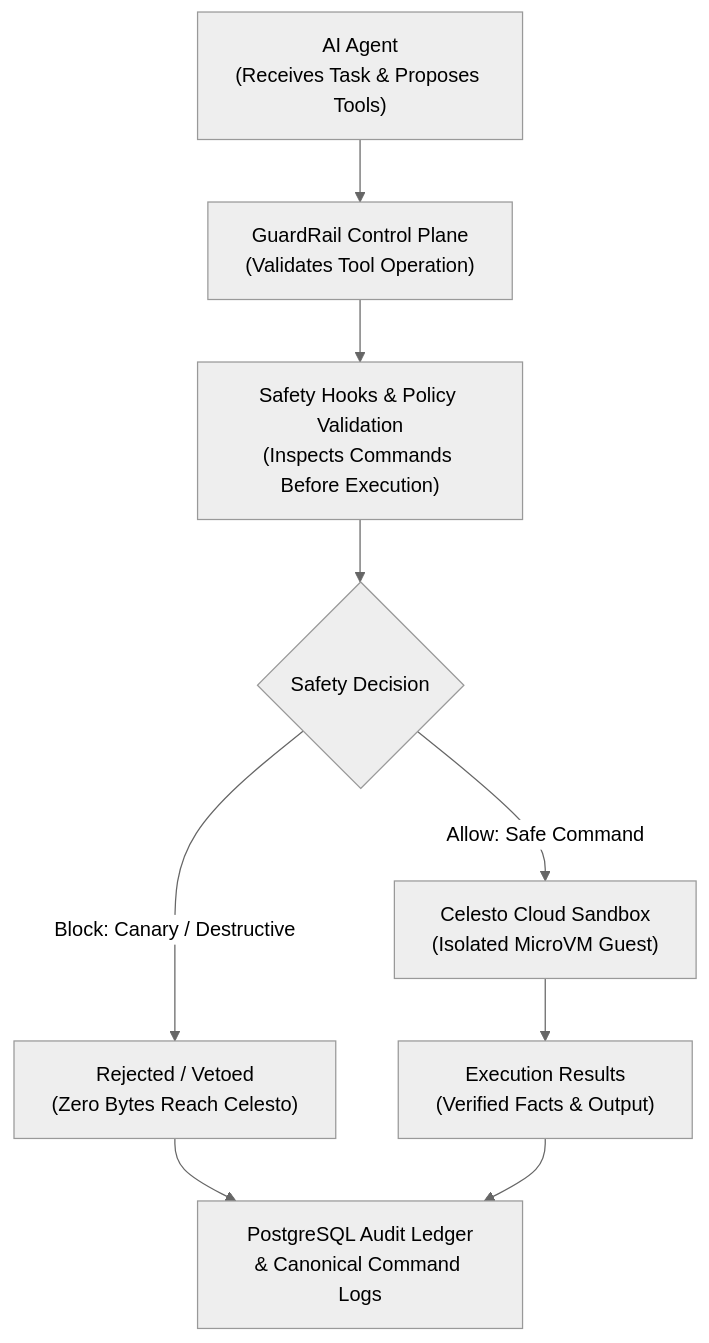
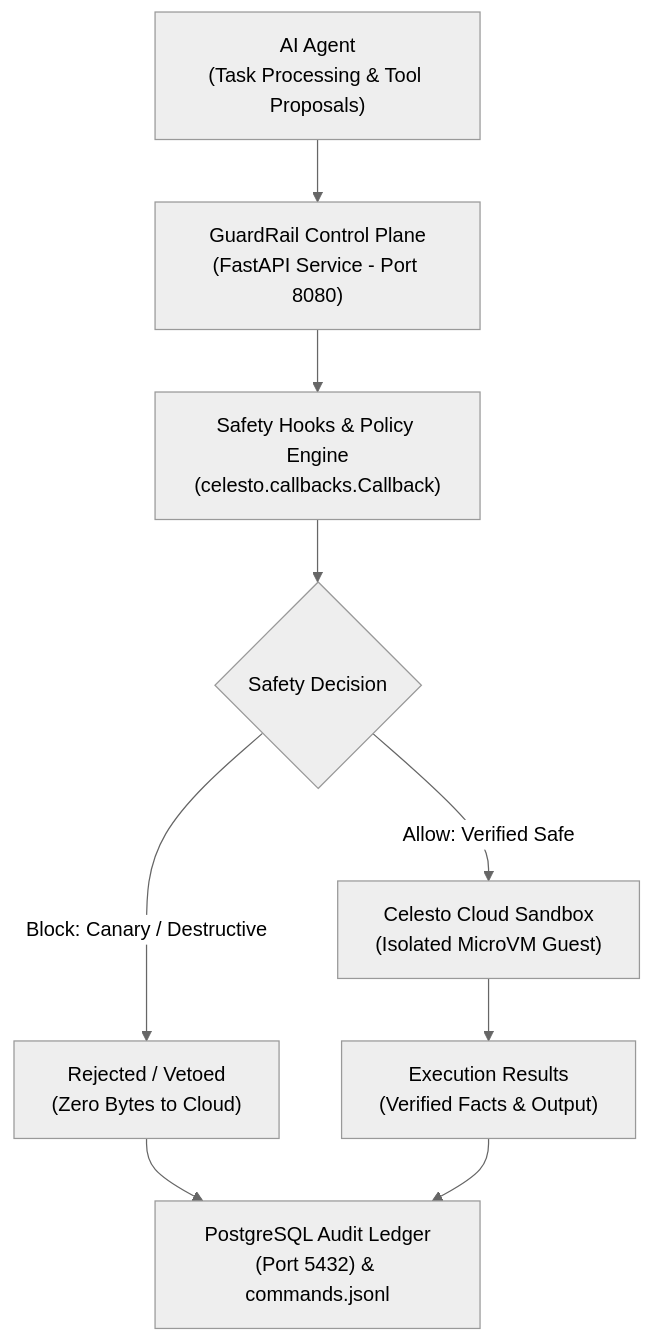
Before and after one commit to rakeshchinni77/guardrail: the diagram in README.md, drawn with Mermaid (neutral theme). The commit also changed other lines of this file, not shown here.

````diff
--- a/README.md
+++ b/README.md
@@ -47,22 +51,22 @@
 ```mermaid
 flowchart TD
-    Agent["AI Agent<br/>(Receives Task & Proposes Tools)"]
-    ControlPlane["GuardRail Control Plane<br/>(Validates Tool Operation)"]
-    SafetyHooks["Safety Hooks & Policy Validation<br/>(Inspects Commands Before Execution)"]
+    Agent["AI Agent<br/>(Task Processing & Tool Proposals)"]
+    ControlPlane["GuardRail Control Plane<br/>(FastAPI Service - Port 8080)"]
+    SafetyHooks["Safety Hooks & Policy Engine<br/>(celesto.callbacks.Callback)"]
     Decision{"Safety Decision"}
-    Veto["Rejected / Vetoed<br/>(Zero Bytes Reach Celesto)"]
+    Veto["Rejected / Vetoed<br/>(Zero Bytes to Cloud)"]
     CelestoSandbox["Celesto Cloud Sandbox<br/>(Isolated MicroVM Guest)"]
     ExecutionResults["Execution Results<br/>(Verified Facts & Output)"]
-    Ledger["PostgreSQL Audit Ledger<br/>& Canonical Command Logs"]
+    Ledger["PostgreSQL Audit Ledger<br/>(Port 5432) & commands.jsonl"]
 
     Agent --> ControlPlane
     ControlPlane --> SafetyHooks
     SafetyHooks --> Decision
 
     Decision -->|Block: Canary / Destructive| Veto
-    Decision -->|Allow: Safe Command| CelestoSandbox
+    Decision -->|Allow: Verified Safe| CelestoSandbox
 
     Veto --> Ledger
     CelestoSandbox --> ExecutionResults
     ExecutionResults --> Ledger
 ```
````
